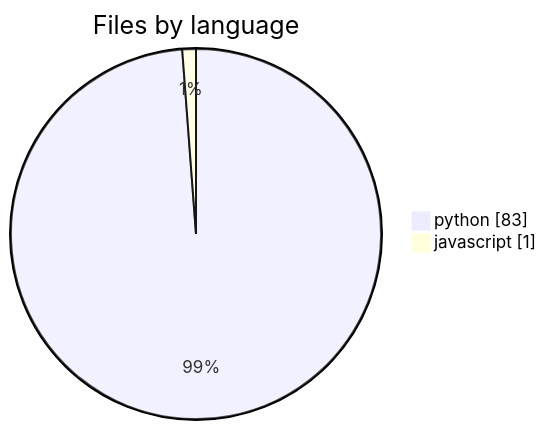
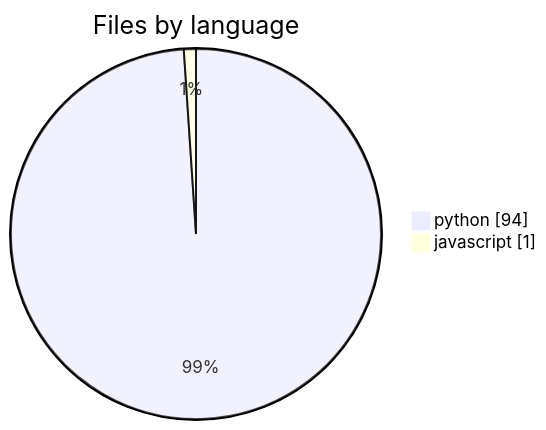
One commit to wolframs/jspace-probes changed the fourth of 6 diagrams in .mentis/context/architecture.md. Above: the diagram before and after it, drawn with Mermaid. The commit also changed other lines of this file and 262 other files, not shown here.

````diff
--- a/.mentis/context/architecture.md
+++ b/.mentis/context/architecture.md
@@ -38,5 +38,5 @@
 ```mermaid
 pie showData title Files by language
-    "python" : 83
+    "python" : 94
     "javascript" : 1
 ```
````
